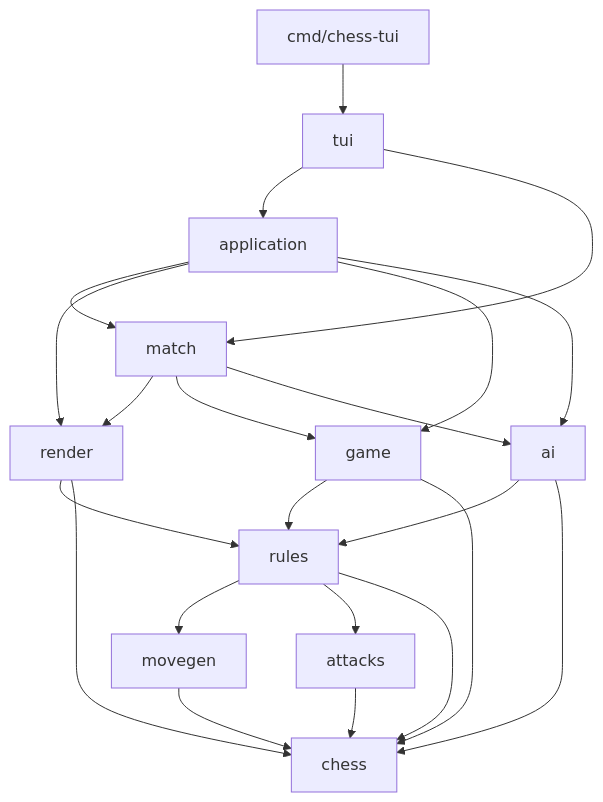
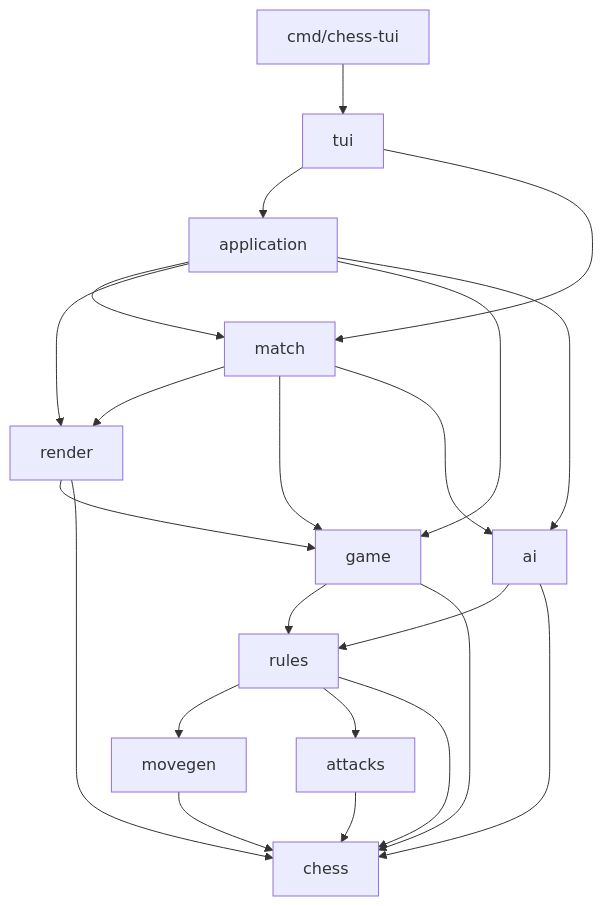
Before and after one commit to gabrzb/chess-go: the diagram in README.md, drawn with Mermaid. The commit also changed other lines of this file and 18 other files, not shown here.

````diff
--- a/README.md
+++ b/README.md
@@ -115,24 +115,24 @@
 ```mermaid
 flowchart TD
     cmd["cmd/chess-tui"] --> tui
     tui --> application
     tui --> match
     application --> match
     application --> render
     application --> game
     application --> ai
     match --> render
     match --> game
     match --> ai
-    render --> rules
+    render --> game
     render --> chess
     ai --> rules
     ai --> chess
     game --> rules
     game --> chess
     rules --> movegen
     rules --> attacks
     rules --> chess
     movegen --> chess
     attacks --> chess
 ```
````
